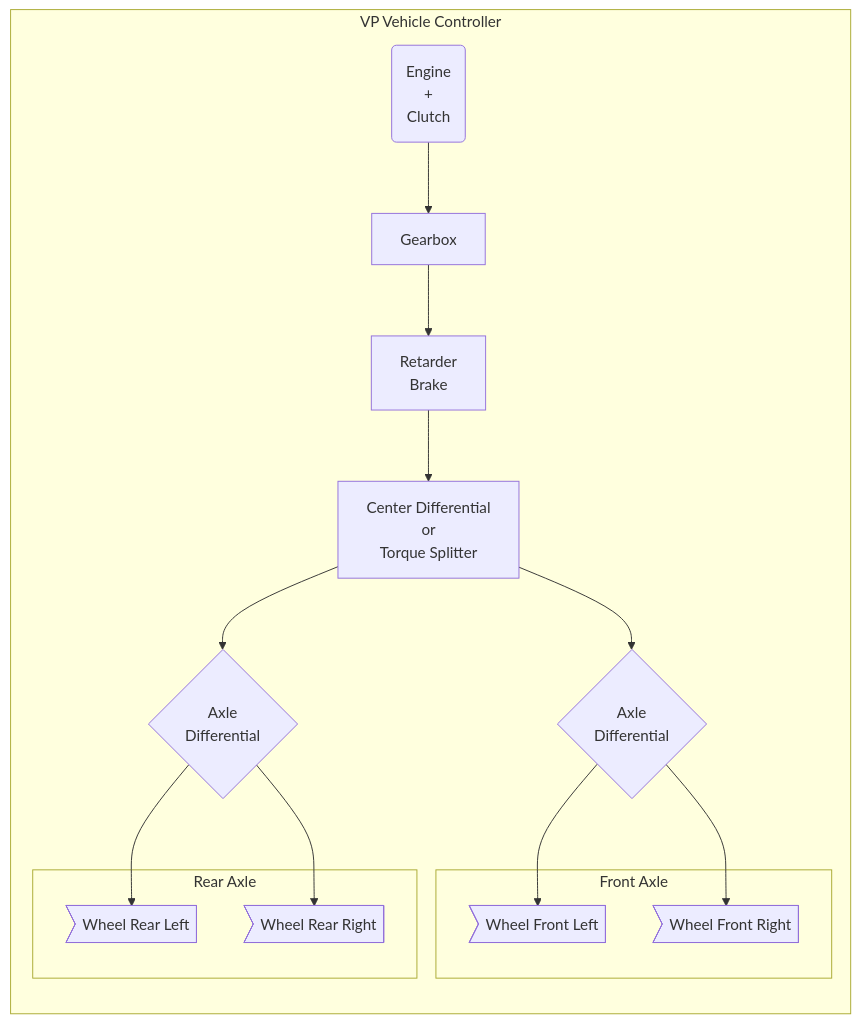
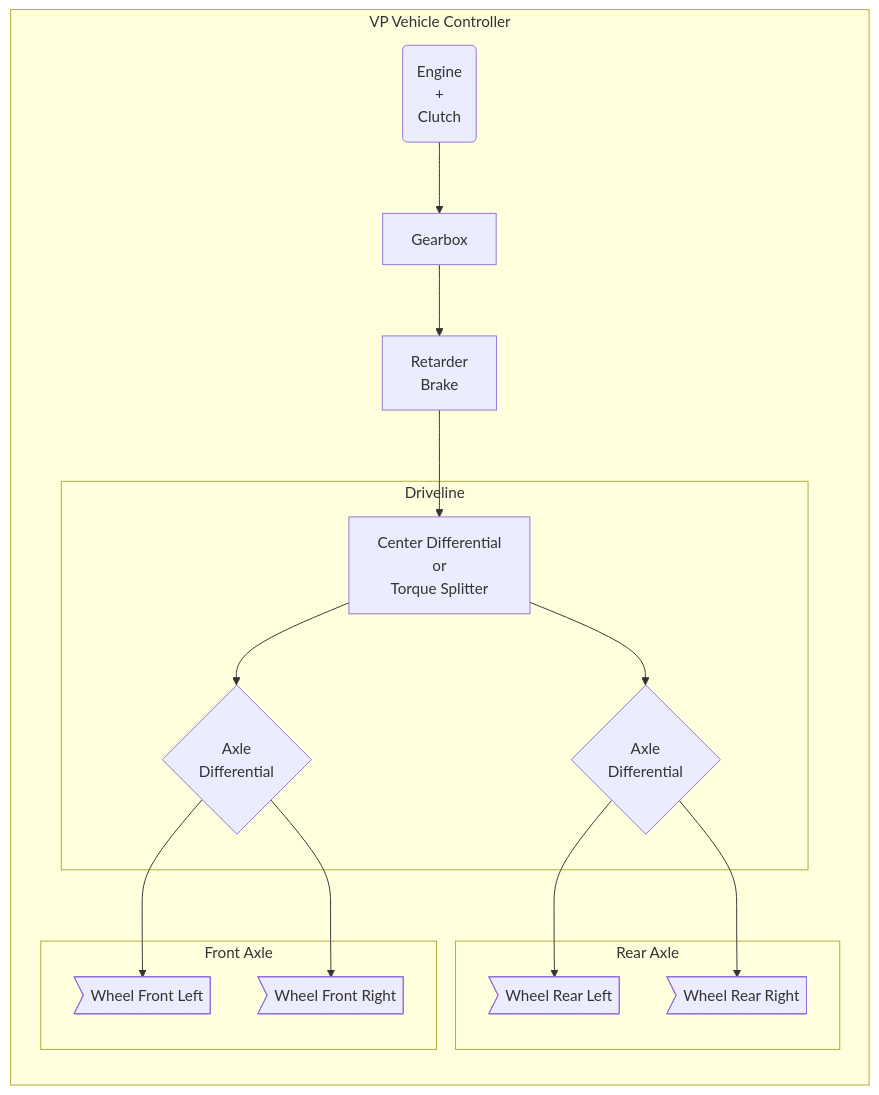
One commit to EdyJ/vehicle-physics-docs changed the diagram in docs/components/vehicle-controller.md. Above: the diagram before and after it, drawn with Mermaid. The commit also changed other lines of this file and 2 other files, not shown here.

Commit message:
Flowcharts and text improved

```diff
--- a/docs/components/vehicle-controller.md
+++ b/docs/components/vehicle-controller.md
@@ -18,30 +14,32 @@
 <div class="mermaid">
 graph RL
 subgraph VP Vehicle Controller
 subgraph Front Axle
 WFL>Wheel Front Left]
 WFR>Wheel Front Right]
 end
 subgraph Rear Axle
 WRL>Wheel Rear Left]
 WRR>Wheel Rear Right]
 end
 
 Eng(Engine<br>+<br>Clutch)
 Gear[Gearbox]
 Ret[Retarder<br>Brake]
+subgraph Driveline
 Diff0[Center Differential<br>or<br>Torque Splitter]
 Diff1{Axle<br>Differential}
 Diff2{Axle<br>Differential}
+end
 
 Eng-->Gear
 Gear-->Ret
 Ret-->Diff0
 Diff0-->Diff1
 Diff0-->Diff2
 Diff1-->WFL
 Diff1-->WFR
 Diff2-->WRL
 Diff2-->WRR
 end
 </div>
```
